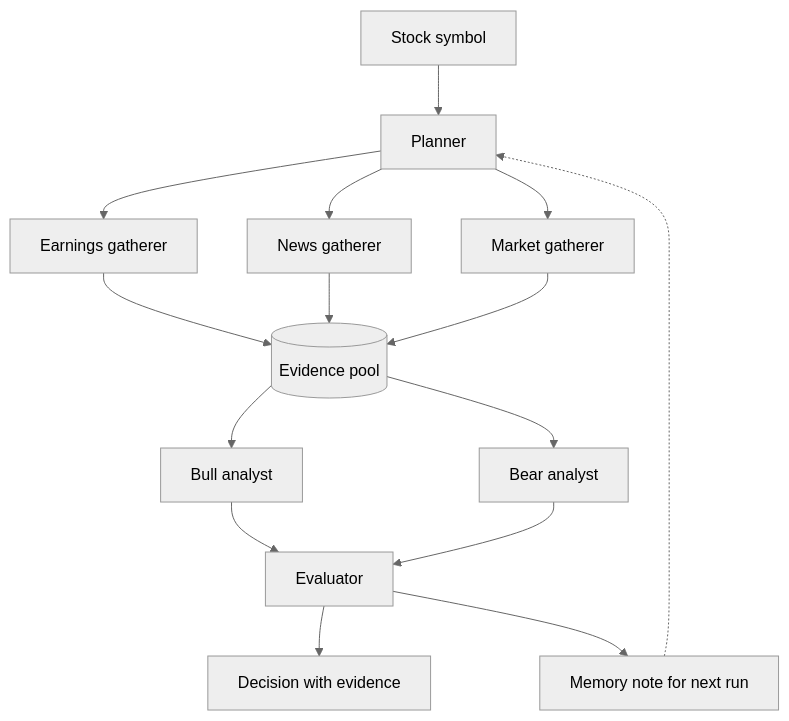
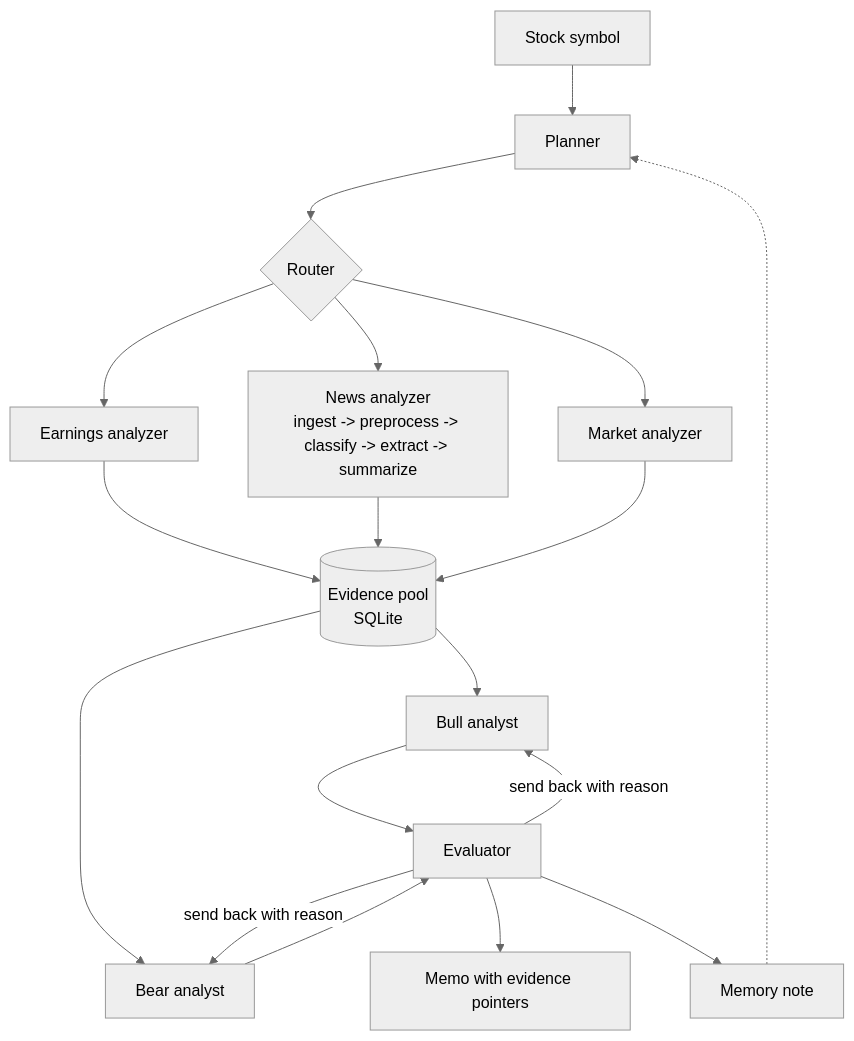
One commit to ibucketbranch/AAI-520-Final-Project changed the diagram in README.md. Above: the diagram before and after it, drawn with Mermaid (neutral theme). The commit also changed other lines of this file, not shown here.

````diff
--- a/README.md
+++ b/README.md
@@ -15,17 +43,20 @@
 ```mermaid
 flowchart TD
     S[Stock symbol] --> P[Planner]
-    P --> E[Earnings gatherer]
-    P --> N[News gatherer]
-    P --> M[Market gatherer]
-    E --> POOL[(Evidence pool)]
+    P --> R{Router}
+    R --> E[Earnings analyzer]
+    R --> N[News analyzer<br/>ingest -> preprocess -> classify -> extract -> summarize]
+    R --> M[Market analyzer]
+    E --> POOL[(Evidence pool<br/>SQLite)]
     N --> POOL
     M --> POOL
     POOL --> BULL[Bull analyst]
     POOL --> BEAR[Bear analyst]
     BULL --> EV[Evaluator]
     BEAR --> EV
-    EV --> D[Decision with evidence]
-    EV --> MEM[Memory note for next run]
+    EV -- send back with reason --> BULL
+    EV -- send back with reason --> BEAR
+    EV --> D[Memo with evidence pointers]
+    EV --> MEM[Memory note]
     MEM -.-> P
 ```
````
